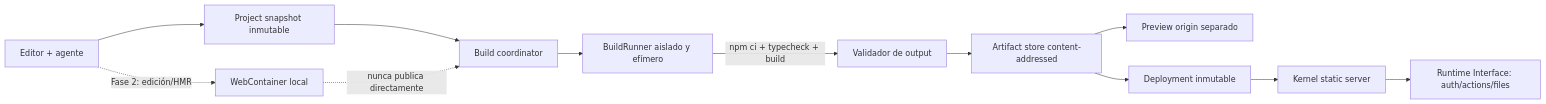
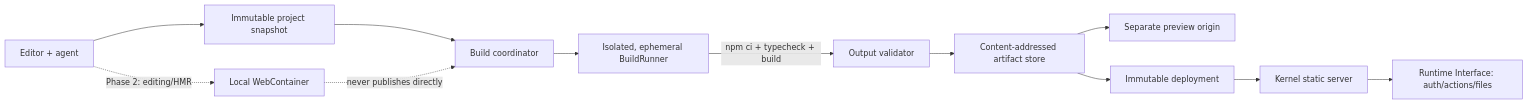
One commit to danibram/konae changed the diagram in docs/research/frontend-toolchain.md. Above: the diagram before and after it, drawn with Mermaid. The commit also changed other lines of this file and 197 other files, not shown here.

````diff
--- a/docs/research/frontend-toolchain.md
+++ b/docs/research/frontend-toolchain.md
@@ -142,14 +141,14 @@
 ```mermaid
 flowchart LR
-  E["Editor + agente"] --> S["Project snapshot inmutable"]
+  E["Editor + agent"] --> S["Immutable project snapshot"]
   S --> Q["Build coordinator"]
-  Q --> R["BuildRunner aislado y efímero"]
-  R -->|"npm ci + typecheck + build"| V["Validador de output"]
-  V --> A["Artifact store content-addressed"]
-  A --> P["Preview origin separado"]
-  A --> D["Deployment inmutable"]
+  Q --> R["Isolated, ephemeral BuildRunner"]
+  R -->|"npm ci + typecheck + build"| V["Output validator"]
+  V --> A["Content-addressed artifact store"]
+  A --> P["Separate preview origin"]
+  A --> D["Immutable deployment"]
   D --> K["Kernel static server"]
   K --> RI["Runtime Interface: auth/actions/files"]
-  E -. "Fase 2: edición/HMR" .-> W["WebContainer local"]
-  W -. "nunca publica directamente" .-> Q
+  E -. "Phase 2: editing/HMR" .-> W["Local WebContainer"]
+  W -. "never publishes directly" .-> Q
 ```
````
